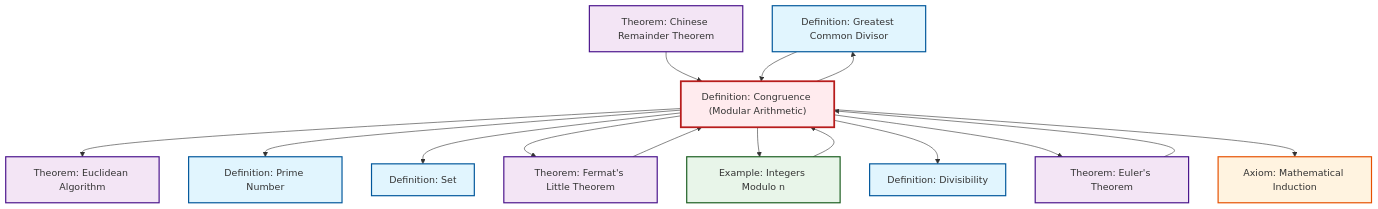
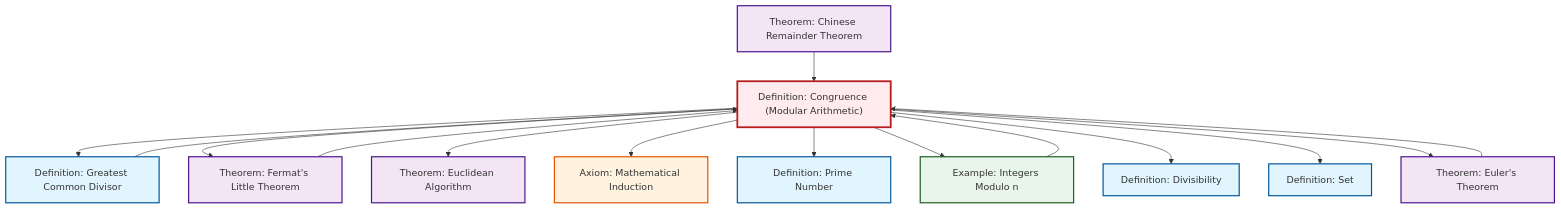
The diagram in content/ja/number-theory/def-congruence.qmd (RK0429/ModernMath), drawn with Mermaid before and after one commit. The commit also changed other lines of this file and 531 other files, not shown here.

````diff
--- a/content/ja/number-theory/def-congruence.qmd
+++ b/content/ja/number-theory/def-congruence.qmd
@@ -124,45 +124,45 @@
 ```{mermaid}
 %%| fig-cap: "Local dependency graph"
 graph TD
     classDef definition fill:#e1f5fe,stroke:#01579b,stroke-width:2px
     classDef theorem fill:#f3e5f5,stroke:#4a148c,stroke-width:2px
     classDef axiom fill:#fff3e0,stroke:#e65100,stroke-width:2px
     classDef example fill:#e8f5e9,stroke:#1b5e20,stroke-width:2px
     classDef current fill:#ffebee,stroke:#b71c1c,stroke-width:3px
-    def-prime["Definition: Prime Number"]:::definition
+    thm-chinese-remainder["Theorem: Chinese Remainder Theorem"]:::theorem
+    def-divisibility["Definition: Divisibility"]:::definition
+    def-set["Definition: Set"]:::definition
+    ax-induction["Axiom: Mathematical Induction"]:::axiom
+    thm-euler["Theorem: Euler's Theorem"]:::theorem
+    thm-fermat-little["Theorem: Fermat's Little Theorem"]:::theorem
+    def-congruence["Definition: Congruence (Modular Arithmetic)"]:::definition
     def-gcd["Definition: Greatest Common Divisor"]:::definition
     ex-quotient-integers-mod-n["Example: Integers Modulo n"]:::example
-    def-set["Definition: Set"]:::definition
-    def-divisibility["Definition: Divisibility"]:::definition
-    thm-chinese-remainder["Theorem: Chinese Remainder Theorem"]:::theorem
-    ax-induction["Axiom: Mathematical Induction"]:::axiom
-    def-congruence["Definition: Congruence (Modular Arithmetic)"]:::definition
-    thm-euler["Theorem: Euler's Theorem"]:::theorem
-    thm-fermat-little["Theorem: Fermat's Little Theorem"]:::theorem
+    def-prime["Definition: Prime Number"]:::definition
     thm-euclidean-algorithm["Theorem: Euclidean Algorithm"]:::theorem
+    def-congruence --> def-gcd
+    def-congruence --> thm-fermat-little
+    def-gcd --> def-congruence
     thm-chinese-remainder --> def-congruence
+    def-congruence --> thm-euclidean-algorithm
+    def-congruence --> ax-induction
+    def-congruence --> def-prime
+    def-congruence --> ex-quotient-integers-mod-n
+    thm-fermat-little --> def-congruence
     ex-quotient-integers-mod-n --> def-congruence
-    def-congruence --> thm-euclidean-algorithm
-    def-congruence --> def-gcd
-    def-congruence --> def-prime
+    def-congruence --> def-divisibility
     def-congruence --> def-set
-    def-congruence --> thm-fermat-little
-    def-congruence --> ex-quotient-integers-mod-n
-    def-congruence --> def-divisibility
-    thm-fermat-little --> def-congruence
-    def-gcd --> def-congruence
     thm-euler --> def-congruence
     def-congruence --> thm-euler
-    def-congruence --> ax-induction
     class def-congruence current
-    click def-prime "def-prime.html" "Definition: Prime Numberへ"
-    click def-gcd "def-gcd.html" "Definition: Greatest Common Divisorへ"
-    click ex-quotient-integers-mod-n "ex-quotient-integers-mod-n.html" "Example: Integers Modulo nへ"
+    click thm-chinese-remainder "thm-chinese-remainder.html" "Theorem: Chinese Remainder Theoremへ"
+    click def-divisibility "def-divisibility.html" "Definition: Divisibilityへ"
     click def-set "def-set.html" "Definition: Setへ"
-    click def-divisibility "def-divisibility.html" "Definition: Divisibilityへ"
-    click thm-chinese-remainder "thm-chinese-remainder.html" "Theorem: Chinese Remainder Theoremへ"
     click ax-induction "ax-induction.html" "Axiom: Mathematical Inductionへ"
     click thm-euler "thm-euler.html" "Theorem: Euler's Theoremへ"
     click thm-fermat-little "thm-fermat-little.html" "Theorem: Fermat's Little Theoremへ"
+    click def-gcd "def-gcd.html" "Definition: Greatest Common Divisorへ"
+    click ex-quotient-integers-mod-n "ex-quotient-integers-mod-n.html" "Example: Integers Modulo nへ"
+    click def-prime "def-prime.html" "Definition: Prime Numberへ"
     click thm-euclidean-algorithm "thm-euclidean-algorithm.html" "Theorem: Euclidean Algorithmへ"
 ```
````
